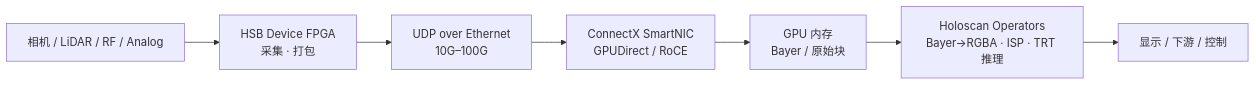
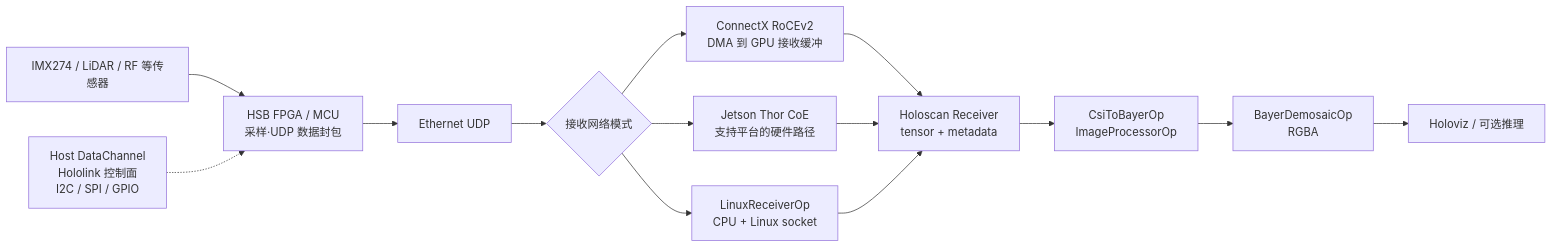
Before and after one commit to ImChong/Robotics_Notebooks: the first of 2 diagrams in wiki/entities/holoscan-sensor-bridge.md, drawn with Mermaid. The commit also changed other lines of this file, not shown here.

Commit message:
[2026-11-12] ingest | wiki/entities/holoscan-sensor-bridge.md — 校正 3.0 机制并补全原文通读健康度

````diff
--- a/wiki/entities/holoscan-sensor-bridge.md
+++ b/wiki/entities/holoscan-sensor-bridge.md
@@ -55,12 +63,21 @@
 ```mermaid
 flowchart LR
-  SENS["相机 / LiDAR / RF / Analog"]
-  FPGA["HSB Device FPGA<br/>采集 · 打包"]
-  ETH["UDP over Ethernet<br/>10G–100G"]
-  NIC["ConnectX SmartNIC<br/>GPUDirect / RoCE"]
-  GPU["GPU 内存<br/>Bayer / 原始块"]
-  OPS["Holoscan Operators<br/>Bayer→RGBA · ISP · TRT 推理"]
-  OUT["显示 / 下游 / 控制"]
-
-  SENS --> FPGA --> ETH --> NIC --> GPU --> OPS --> OUT
+  CAM["IMX274 / LiDAR / RF 等传感器"]
+  FPGA["HSB FPGA / MCU<br/>采样·UDP 数据封包"]
+  NET["Ethernet UDP"]
+  CH["Host DataChannel<br/>Hololink 控制面<br/>I2C / SPI / GPIO"]
+  PATH{"接收网络模式"}
+  ROCE["ConnectX RoCEv2<br/>DMA 到 GPU 接收缓冲"]
+  COE["Jetson Thor CoE<br/>支持平台的硬件路径"]
+  SOCK["LinuxReceiverOp<br/>CPU + Linux socket"]
+  RX["Holoscan Receiver<br/>tensor + metadata"]
+  CSI["CsiToBayerOp<br/>ImageProcessorOp"]
+  DEM["BayerDemosaicOp<br/>RGBA"]
+  OUT["Holoviz / 可选推理"]
+  CAM --> FPGA --> NET --> PATH
+  CH -.-> FPGA
+  PATH --> ROCE --> RX
+  PATH --> COE --> RX
+  PATH --> SOCK --> RX
+  RX --> CSI --> DEM --> OUT
 ```
````
